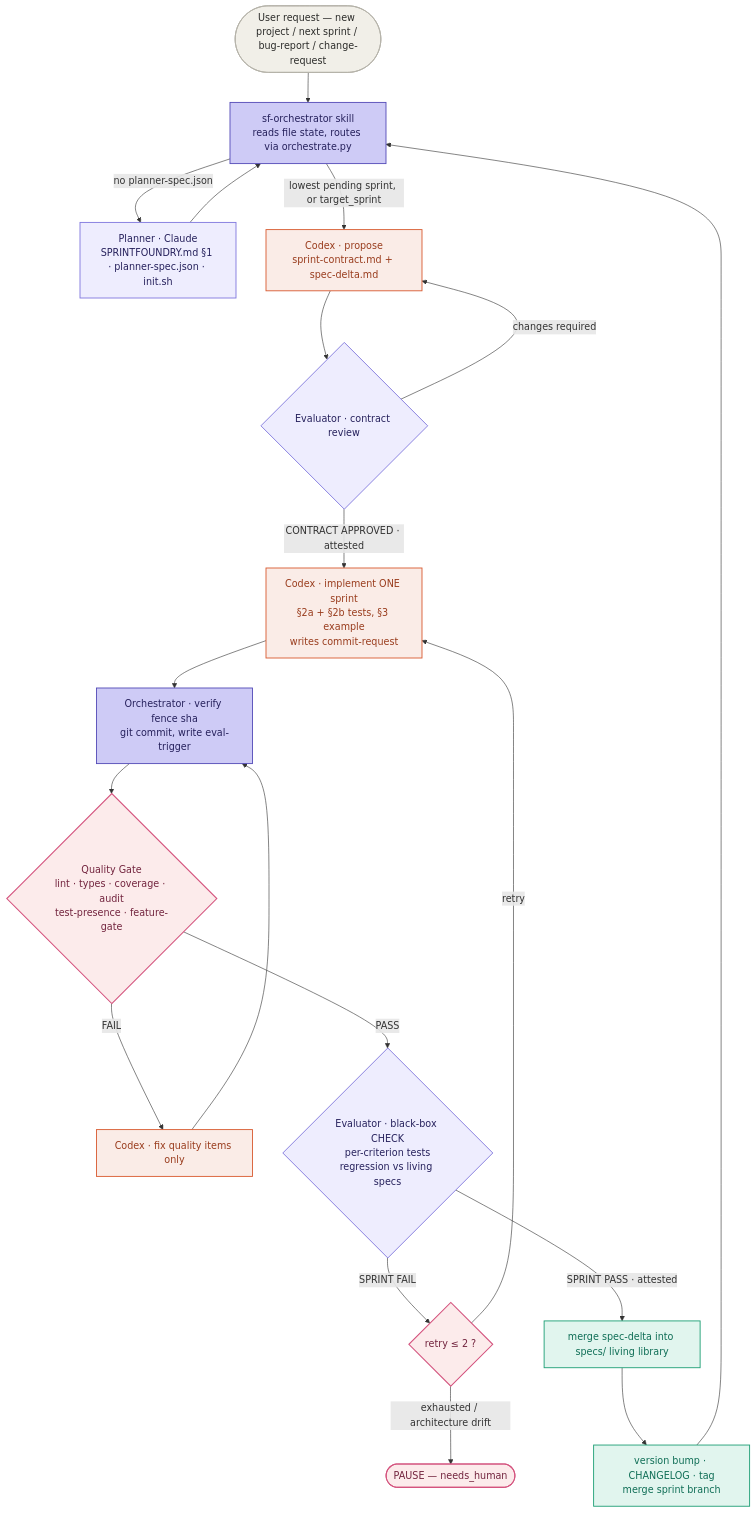
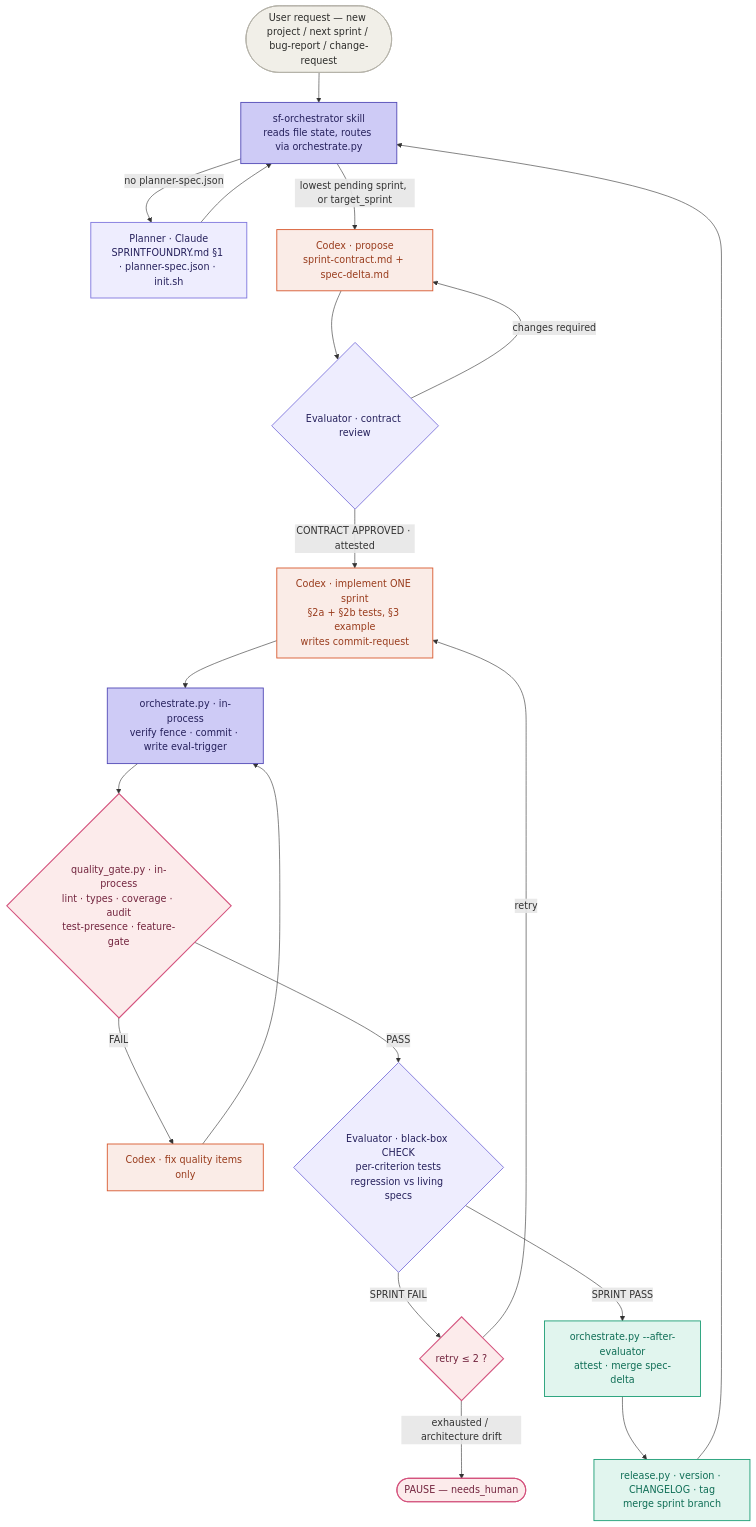
The diagram in README.md (YuSec2021/SprintFoundry), drawn with Mermaid before and after one commit. The commit also changed other lines of this file and 1 other file, not shown here.

Commit message:
docs: document v3 execution architecture

````diff
--- a/README.md
+++ b/README.md
@@ -83,43 +95,43 @@
 ```mermaid
 flowchart TD
     U(["User request — new project / next sprint / bug-report / change-request"]) --> O
 
     O["sf-orchestrator skill<br/>reads file state, routes via orchestrate.py"]
 
     O -->|no planner-spec.json| PL["Planner · Claude<br/>SPRINTFOUNDRY.md §1 · planner-spec.json · init.sh"]
     PL --> O
 
     O -->|lowest pending sprint, or target_sprint| PC["Codex · propose<br/>sprint-contract.md + spec-delta.md"]
     PC --> CR{"Evaluator · contract review"}
     CR -->|changes required| PC
     CR -->|CONTRACT APPROVED · attested| IM
 
     IM["Codex · implement ONE sprint<br/>§2a + §2b tests, §3 example<br/>writes commit-request"]
-    IM --> CM["Orchestrator · verify fence sha<br/>git commit, write eval-trigger"]
-    CM --> QG{"Quality Gate<br/>lint · types · coverage · audit<br/>test-presence · feature-gate"}
+    IM --> CM["orchestrate.py · in-process<br/>verify fence · commit · write eval-trigger"]
+    CM --> QG{"quality_gate.py · in-process<br/>lint · types · coverage · audit<br/>test-presence · feature-gate"}
     QG -->|FAIL| QR["Codex · fix quality items only"]
     QR --> CM
     QG -->|PASS| EV{"Evaluator · black-box CHECK<br/>per-criterion tests<br/>regression vs living specs"}
 
     EV -->|SPRINT FAIL| RT{"retry ≤ 2 ?"}
     RT -->|retry| IM
     RT -->|exhausted / architecture drift| HP(["PAUSE — needs_human"])
 
-    EV -->|SPRINT PASS · attested| MG["merge spec-delta into specs/ living library"]
-    MG --> VB["version bump · CHANGELOG · tag<br/>merge sprint branch"]
+    EV -->|SPRINT PASS| MG["orchestrate.py --after-evaluator<br/>attest · merge spec-delta"]
+    MG --> VB["release.py · version · CHANGELOG · tag<br/>merge sprint branch"]
     VB --> O
 
     classDef claude fill:#EEEDFE,stroke:#7F77DD,stroke-width:1.5px,color:#26215C
     classDef codex fill:#FAECE7,stroke:#D85A30,stroke-width:1.5px,color:#993C1D
     classDef orch fill:#CECBF6,stroke:#534AB7,stroke-width:1.5px,color:#26215C
     classDef gate fill:#FCEBEB,stroke:#D4537E,stroke-width:1.8px,color:#72243E
     classDef good fill:#E1F5EE,stroke:#1D9E75,stroke-width:1.5px,color:#0F6E56
     classDef neutral fill:#F1EFE8,stroke:#B4B2A9,stroke-width:1.4px,color:#2C2C2A
 
     class U neutral
     class O,CM orch
     class PL,CR,EV claude
     class PC,IM,QR codex
     class QG,RT,HP gate
     class MG,VB good
 ```
````
